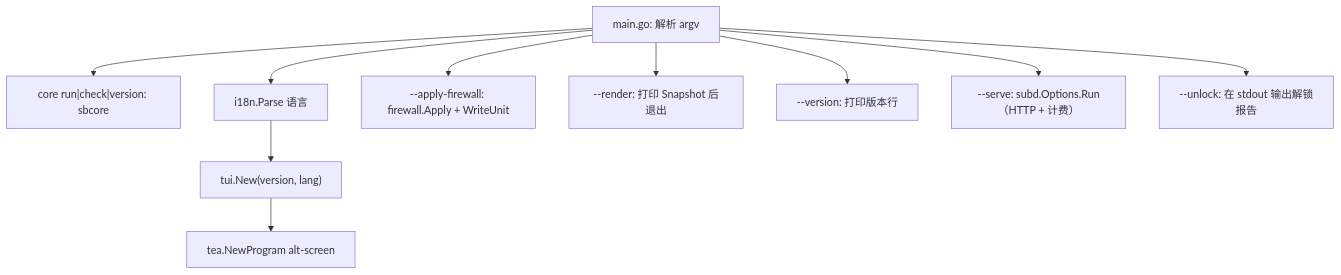
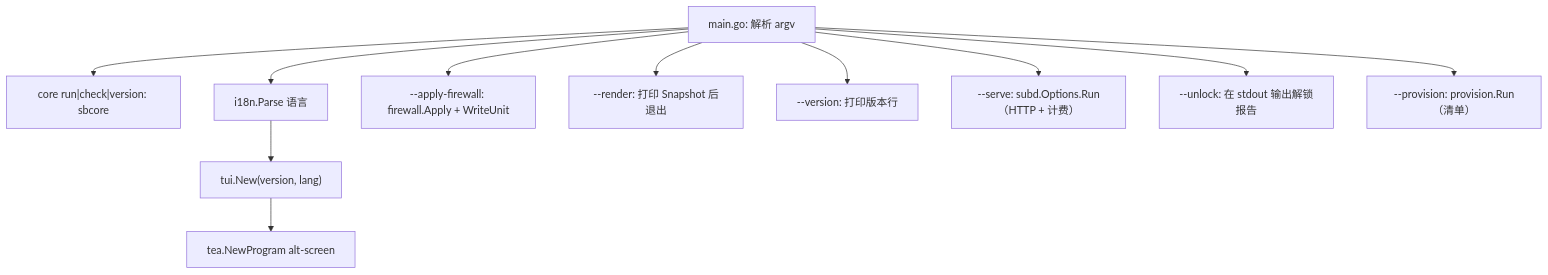
Before and after one commit to EasySBTeam/EasySB-Docs: the diagram in docs/dev/architecture.md, drawn with Mermaid. The commit also changed other lines of this file and 14 other files, not shown here.

````diff
--- a/docs/dev/architecture.md
+++ b/docs/dev/architecture.md
@@ -138,12 +139,13 @@
 ```mermaid
 graph TD
     A["main.go: 解析 argv"] --> N["core run|check|version: sbcore"]
     A --> B["i18n.Parse 语言"]
     B --> C["tui.New(version, lang)"]
     C --> D["tea.NewProgram alt-screen"]
     A --> E["--apply-firewall: firewall.Apply + WriteUnit"]
     A --> F["--render: 打印 Snapshot 后退出"]
     A --> G["--version: 打印版本行"]
     A --> H["--serve: subd.Options.Run（HTTP + 计费）"]
     A --> I["--unlock: 在 stdout 输出解锁报告"]
+    A --> J["--provision: provision.Run（清单）"]
 ```
````
